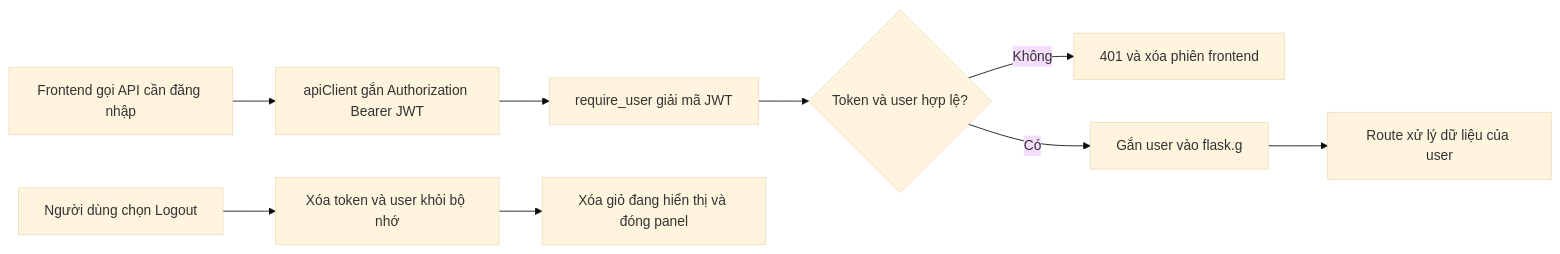
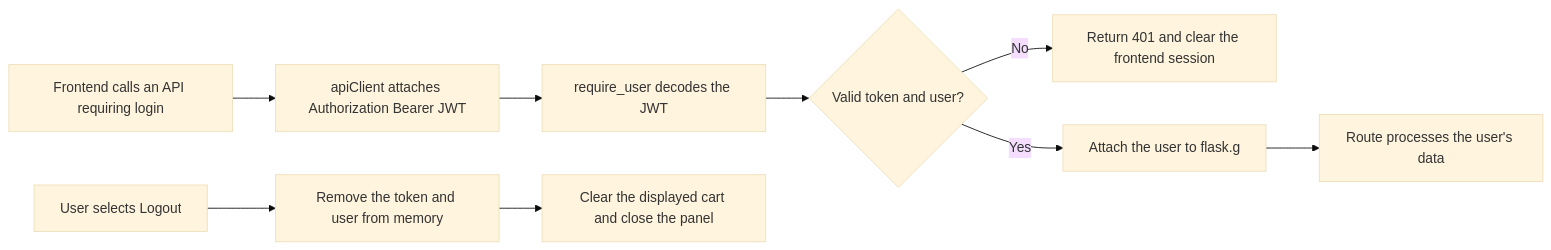
One commit to Henhhh/Web_29GG changed the third of 3 diagrams in docs/auth-flow.md. Above: the diagram before and after it, drawn with Mermaid (base theme). The commit also changed other lines of this file and 5 other files, not shown here.

````diff
--- a/docs/auth-flow.md
+++ b/docs/auth-flow.md
@@ -74,11 +74,11 @@
 ```mermaid
 flowchart LR
-    A[Frontend gọi API cần đăng nhập] --> B[apiClient gắn Authorization Bearer JWT]
-    B --> C[require_user giải mã JWT]
-    C --> D{Token và user hợp lệ?}
-    D -- Không --> E[401 và xóa phiên frontend]
-    D -- Có --> F[Gắn user vào flask.g]
-    F --> G[Route xử lý dữ liệu của user]
-    H[Người dùng chọn Logout] --> I[Xóa token và user khỏi bộ nhớ]
-    I --> J[Xóa giỏ đang hiển thị và đóng panel]
+    A[Frontend calls an API requiring login] --> B[apiClient attaches Authorization Bearer JWT]
+    B --> C[require_user decodes the JWT]
+    C --> D{Valid token and user?}
+    D -- No --> E[Return 401 and clear the frontend session]
+    D -- Yes --> F[Attach the user to flask.g]
+    F --> G[Route processes the user's data]
+    H[User selects Logout] --> I[Remove the token and user from memory]
+    I --> J[Clear the displayed cart and close the panel]
 ```
````
